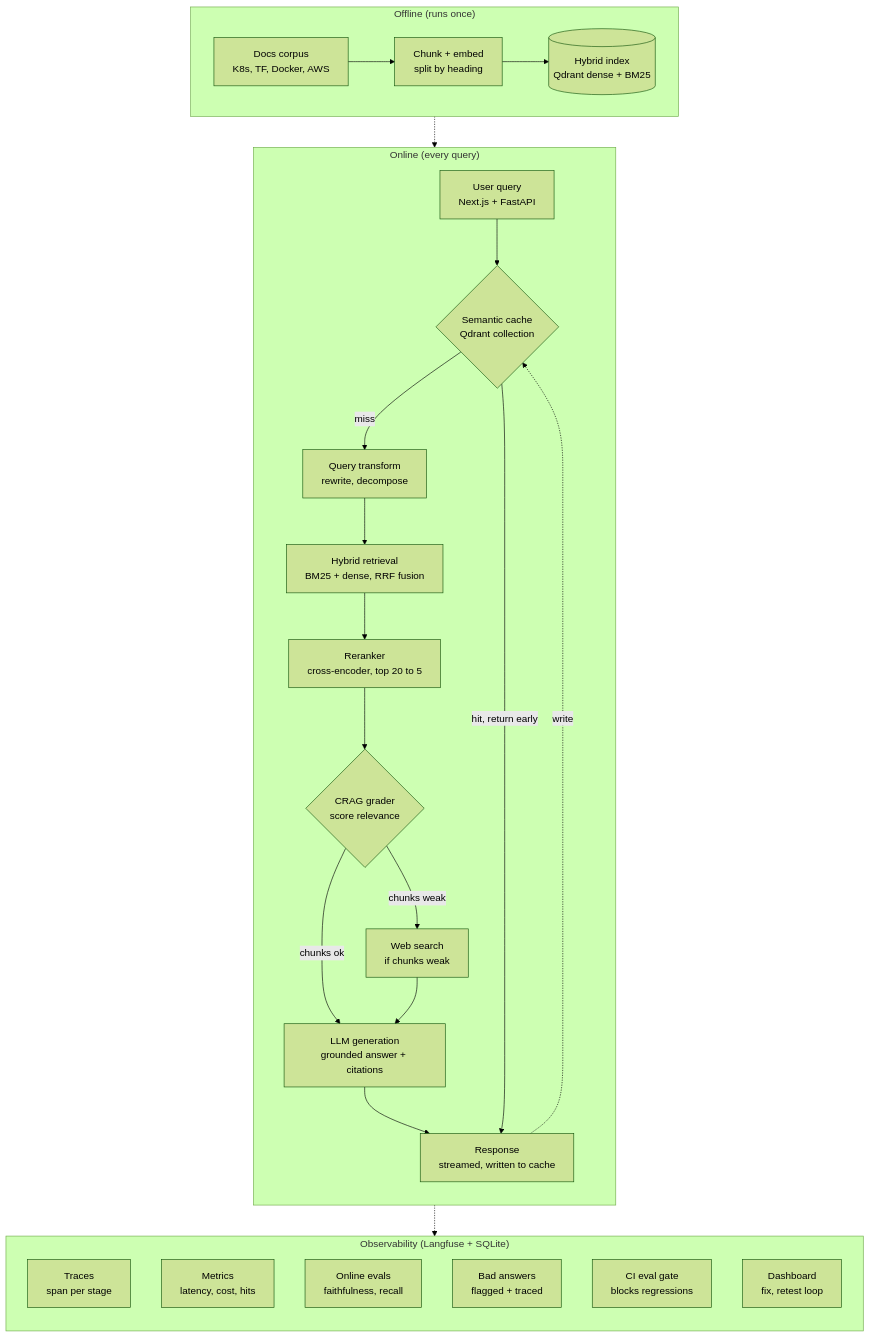
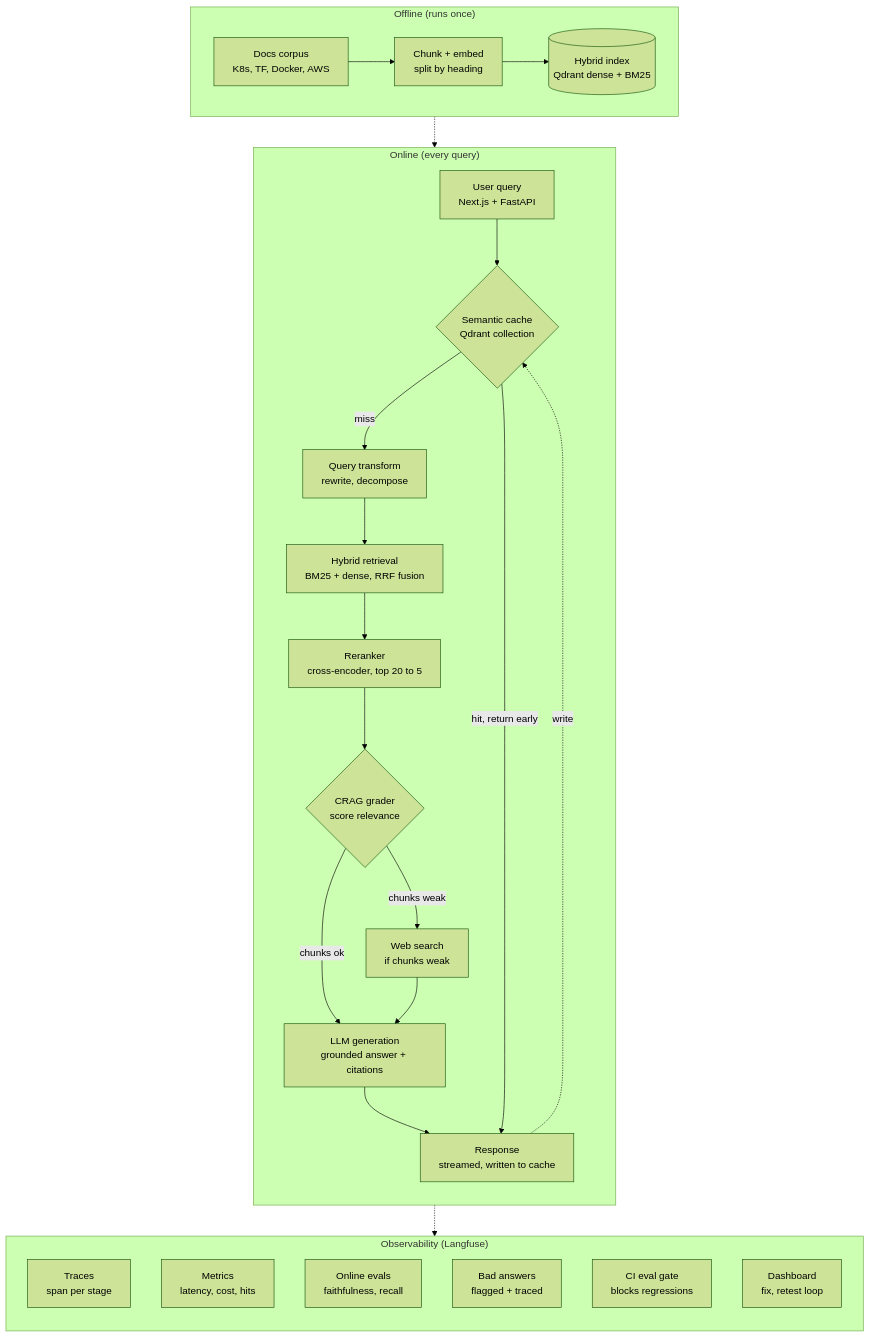
One commit to mehul79/OpsRAG changed the diagram in .claude/system-design.md. Above: the diagram before and after it, drawn with Mermaid (forest theme). The commit also changed 3 other files, not shown here.

````diff
--- a/.claude/system-design.md
+++ b/.claude/system-design.md
@@ -3,36 +3,36 @@
 ```mermaid
 flowchart TB
     subgraph offline["Offline (runs once)"]
         direction LR
         corpus["Docs corpus<br/>K8s, TF, Docker, AWS"] --> chunk["Chunk + embed<br/>split by heading"] --> index[("Hybrid index<br/>Qdrant dense + BM25")]
     end
 
     subgraph online["Online (every query)"]
         direction TB
         query["User query<br/>Next.js + FastAPI"] --> cache{"Semantic cache<br/>Qdrant collection"}
         cache -- miss --> transform["Query transform<br/>rewrite, decompose"]
         transform --> retrieval["Hybrid retrieval<br/>BM25 + dense, RRF fusion"]
         retrieval --> rerank["Reranker<br/>cross-encoder, top 20 to 5"]
         rerank --> grader{"CRAG grader<br/>score relevance"}
         grader -- chunks weak --> web["Web search<br/>if chunks weak"]
         grader -- chunks ok --> llm["LLM generation<br/>grounded answer + citations"]
         web --> llm
         llm --> response["Response<br/>streamed, written to cache"]
     end
 
     cache -- hit, return early --> response
     index -.-> retrieval
     response -. write .-> cache
 
-    subgraph obs["Observability (Langfuse + SQLite)"]
+    subgraph obs["Observability (Langfuse)"]
         direction TB
         traces["Traces<br/>span per stage"]
         metrics["Metrics<br/>latency, cost, hits"]
         evals["Online evals<br/>faithfulness, recall"]
         bad["Bad answers<br/>flagged + traced"]
         gate["CI eval gate<br/>blocks regressions"]
         dash["Dashboard<br/>fix, retest loop"]
     end
 
     llm -.-> obs
 ```
````
